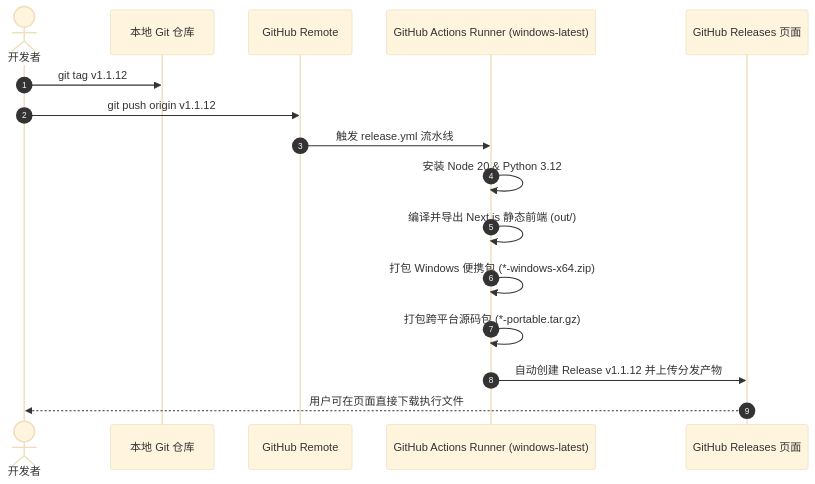
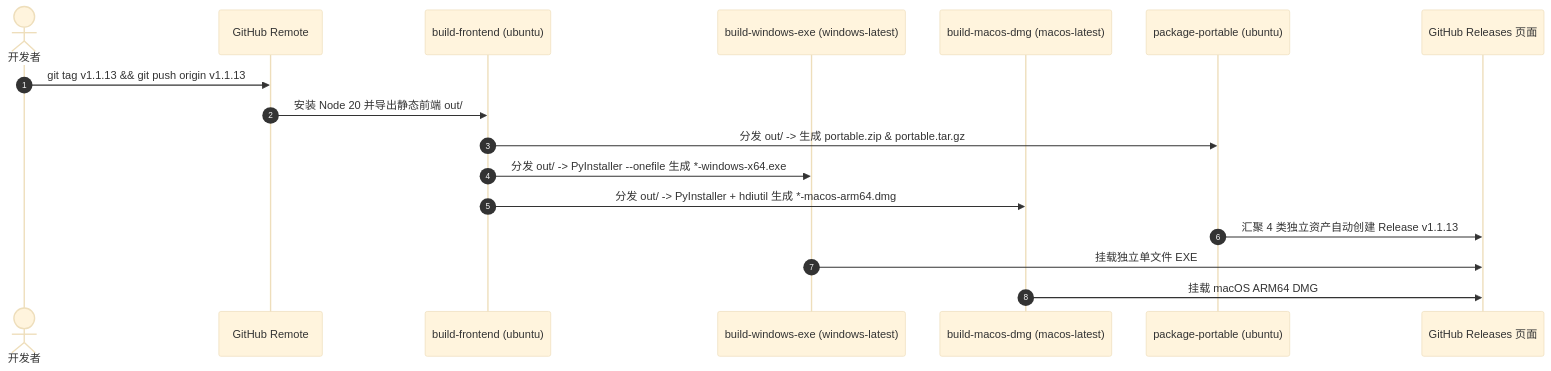
One commit to voodooq/agenthub-local changed the second of 2 diagrams in README.md. Above: the diagram before and after it, drawn with Mermaid (base theme). The commit also changed other lines of this file and 30 other files, not shown here.

Commit message:
feat(release): 轻量便携包与 Windows 单文件 EXE / macOS DMG 拆包构建及 GitHub 多平台流水线 (v1.1.13)

````diff
--- a/README.md
+++ b/README.md
@@ -304,19 +321,20 @@
 ```mermaid
 sequenceDiagram
     autonumber
     actor Dev as 开发者
-    participant Git as 本地 Git 仓库
     participant GH as GitHub Remote
-    participant Actions as GitHub Actions Runner (windows-latest)
-    participant Releases as GitHub Releases 页面
+    participant FE as build-frontend (ubuntu)
+    participant Win as build-windows-exe (windows-latest)
+    participant Mac as build-macos-dmg (macos-latest)
+    participant Port as package-portable (ubuntu)
+    participant Rel as GitHub Releases 页面
 
-    Dev->>Git: git tag v1.1.12
-    Dev->>GH: git push origin v1.1.12
-    GH->>Actions: 触发 release.yml 流水线
-    Actions->>Actions: 安装 Node 20 & Python 3.12
-    Actions->>Actions: 编译并导出 Next.js 静态前端 (out/)
-    Actions->>Actions: 打包 Windows 便携包 (*-windows-x64.zip)
-    Actions->>Actions: 打包跨平台源码包 (*-portable.tar.gz)
-    Actions->>Releases: 自动创建 Release v1.1.12 并上传分发产物
-    Releases-->>Dev: 用户可在页面直接下载执行文件
+    Dev->>GH: git tag v1.1.13 && git push origin v1.1.13
+    GH->>FE: 安装 Node 20 并导出静态前端 out/
+    FE->>Port: 分发 out/ -> 生成 portable.zip & portable.tar.gz
+    FE->>Win: 分发 out/ -> PyInstaller --onefile 生成 *-windows-x64.exe
+    FE->>Mac: 分发 out/ -> PyInstaller + hdiutil 生成 *-macos-arm64.dmg
+    Port->>Rel: 汇聚 4 类独立资产自动创建 Release v1.1.13
+    Win->>Rel: 挂载独立单文件 EXE
+    Mac->>Rel: 挂载 macOS ARM64 DMG
 ```
````
